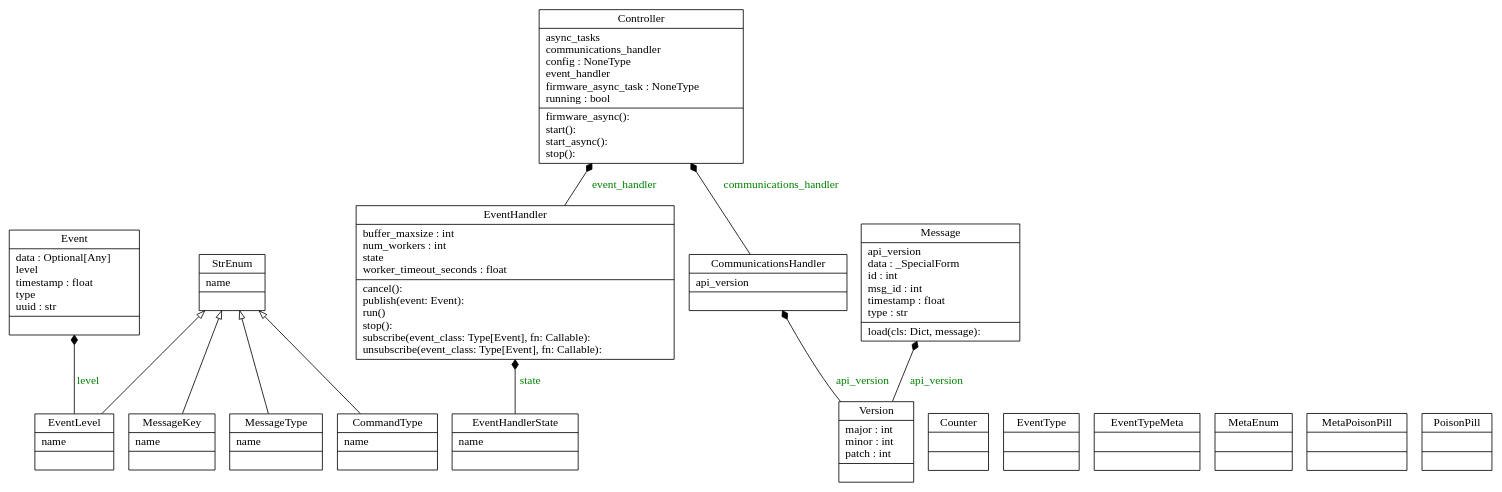
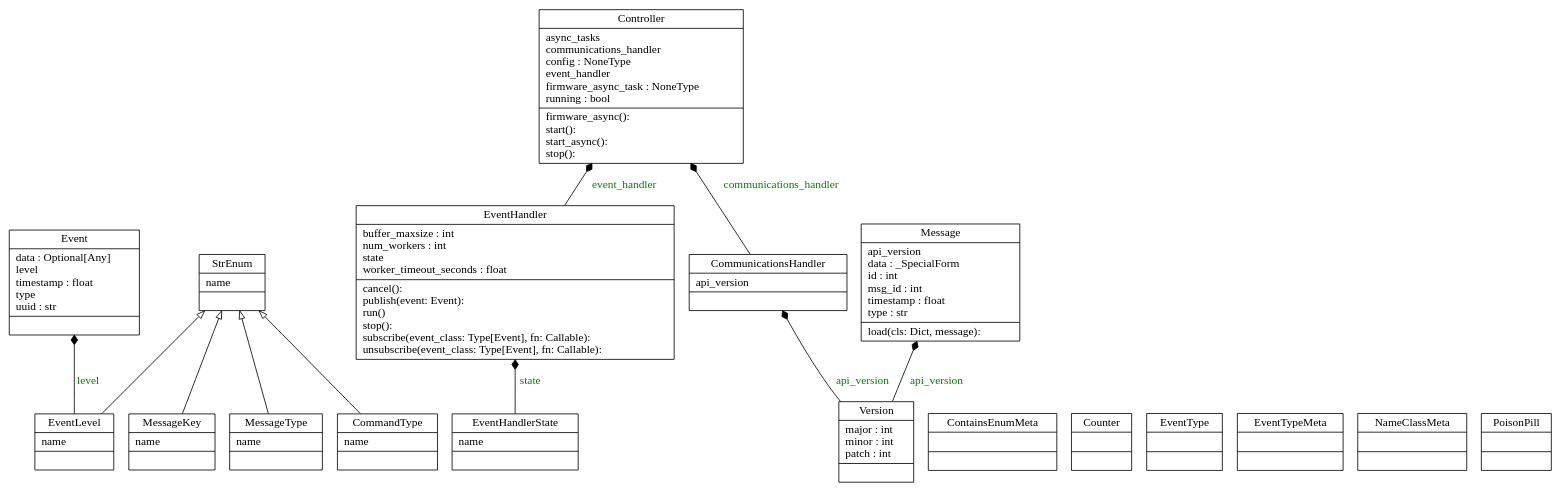
Before and after one commit to bonastreyair/iot-firmware: the diagram in docs/graphs/classes.dot, drawn with Graphviz. The commit also changed 4 other files, not shown here.

```diff
--- a/docs/graphs/classes.dot
+++ b/docs/graphs/classes.dot
@@ -1,32 +1,32 @@
 digraph "classes" {
 rankdir=BT
 charset="utf-8"
 "iot_firmware.enums.CommandType" [color="black", fontcolor="black", label="{CommandType|name\l|}", shape="record", style="solid"];
 "iot_firmware.communications.handler.CommunicationsHandler" [color="black", fontcolor="black", label="{CommunicationsHandler|api_version\l|}", shape="record", style="solid"];
+"iot_firmware.enums.ContainsEnumMeta" [color="black", fontcolor="black", label="{ContainsEnumMeta|\l|}", shape="record", style="solid"];
 "iot_firmware.controller.Controller" [color="black", fontcolor="black", label="{Controller|async_tasks\lcommunications_handler\lconfig : NoneType\levent_handler\lfirmware_async_task : NoneType\lrunning : bool\l|firmware_async(): \lstart(): \lstart_async(): \lstop(): \l}", shape="record", style="solid"];
 "iot_firmware.communications.utils.Counter" [color="black", fontcolor="black", label="{Counter|\l|}", shape="record", style="solid"];
 "iot_firmware.event.schema.Event" [color="black", fontcolor="black", label="{Event|data : Optional[Any]\llevel\ltimestamp : float\ltype\luuid : str\l|}", shape="record", style="solid"];
 "iot_firmware.event.handler.EventHandler" [color="black", fontcolor="black", label="{EventHandler|buffer_maxsize : int\lnum_workers : int\lstate\lworker_timeout_seconds : float\l|cancel(): \lpublish(event: Event): \lrun()\lstop(): \lsubscribe(event_class: Type[Event], fn: Callable): \lunsubscribe(event_class: Type[Event], fn: Callable): \l}", shape="record", style="solid"];
 "iot_firmware.event.enum.EventHandlerState" [color="black", fontcolor="black", label="{EventHandlerState|name\l|}", shape="record", style="solid"];
 "iot_firmware.event.enum.EventLevel" [color="black", fontcolor="black", label="{EventLevel|name\l|}", shape="record", style="solid"];
 "iot_firmware.event.schema.EventType" [color="black", fontcolor="black", label="{EventType|\l|}", shape="record", style="solid"];
 "iot_firmware.event.schema.EventTypeMeta" [color="black", fontcolor="black", label="{EventTypeMeta|\l|}", shape="record", style="solid"];
 "iot_firmware.communications.schema.Message" [color="black", fontcolor="black", label="{Message|api_version\ldata : _SpecialForm\lid : int\lmsg_id : int\ltimestamp : float\ltype : str\l|load(cls: Dict, message): \l}", shape="record", style="solid"];
 "iot_firmware.enums.MessageKey" [color="black", fontcolor="black", label="{MessageKey|name\l|}", shape="record", style="solid"];
 "iot_firmware.enums.MessageType" [color="black", fontcolor="black", label="{MessageType|name\l|}", shape="record", style="solid"];
-"iot_firmware.enums.MetaEnum" [color="black", fontcolor="black", label="{MetaEnum|\l|}", shape="record", style="solid"];
-"iot_firmware.event.handler.MetaPoisonPill" [color="black", fontcolor="black", label="{MetaPoisonPill|\l|}", shape="record", style="solid"];
+"iot_firmware.enums.NameClassMeta" [color="black", fontcolor="black", label="{NameClassMeta|\l|}", shape="record", style="solid"];
 "iot_firmware.event.handler.PoisonPill" [color="black", fontcolor="black", label="{PoisonPill|\l|}", shape="record", style="solid"];
 "iot_firmware.enums.StrEnum" [color="black", fontcolor="black", label="{StrEnum|name\l|}", shape="record", style="solid"];
 "iot_firmware.communications.schema.Version" [color="black", fontcolor="black", label="{Version|major : int\lminor : int\lpatch : int\l|}", shape="record", style="solid"];
 "iot_firmware.enums.CommandType" -> "iot_firmware.enums.StrEnum" [arrowhead="empty", arrowtail="none"];
 "iot_firmware.enums.MessageKey" -> "iot_firmware.enums.StrEnum" [arrowhead="empty", arrowtail="none"];
 "iot_firmware.enums.MessageType" -> "iot_firmware.enums.StrEnum" [arrowhead="empty", arrowtail="none"];
 "iot_firmware.event.enum.EventLevel" -> "iot_firmware.enums.StrEnum" [arrowhead="empty", arrowtail="none"];
 "iot_firmware.communications.handler.CommunicationsHandler" -> "iot_firmware.controller.Controller" [arrowhead="diamond", arrowtail="none", fontcolor="green", label="communications_handler", style="solid"];
 "iot_firmware.communications.schema.Version" -> "iot_firmware.communications.handler.CommunicationsHandler" [arrowhead="diamond", arrowtail="none", fontcolor="green", label="api_version", style="solid"];
 "iot_firmware.communications.schema.Version" -> "iot_firmware.communications.schema.Message" [arrowhead="diamond", arrowtail="none", fontcolor="green", label="api_version", style="solid"];
 "iot_firmware.event.enum.EventHandlerState" -> "iot_firmware.event.handler.EventHandler" [arrowhead="diamond", arrowtail="none", fontcolor="green", label="state", style="solid"];
 "iot_firmware.event.enum.EventLevel" -> "iot_firmware.event.schema.Event" [arrowhead="diamond", arrowtail="none", fontcolor="green", label="level", style="solid"];
 "iot_firmware.event.handler.EventHandler" -> "iot_firmware.controller.Controller" [arrowhead="diamond", arrowtail="none", fontcolor="green", label="event_handler", style="solid"];
 }
```
